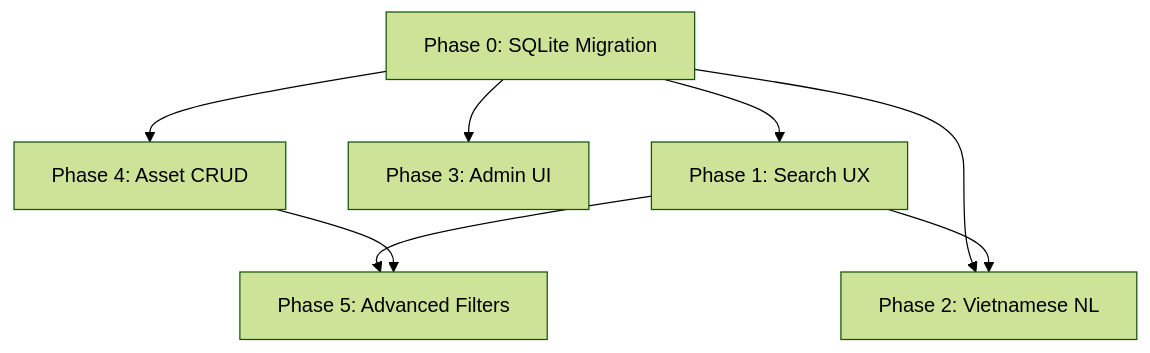
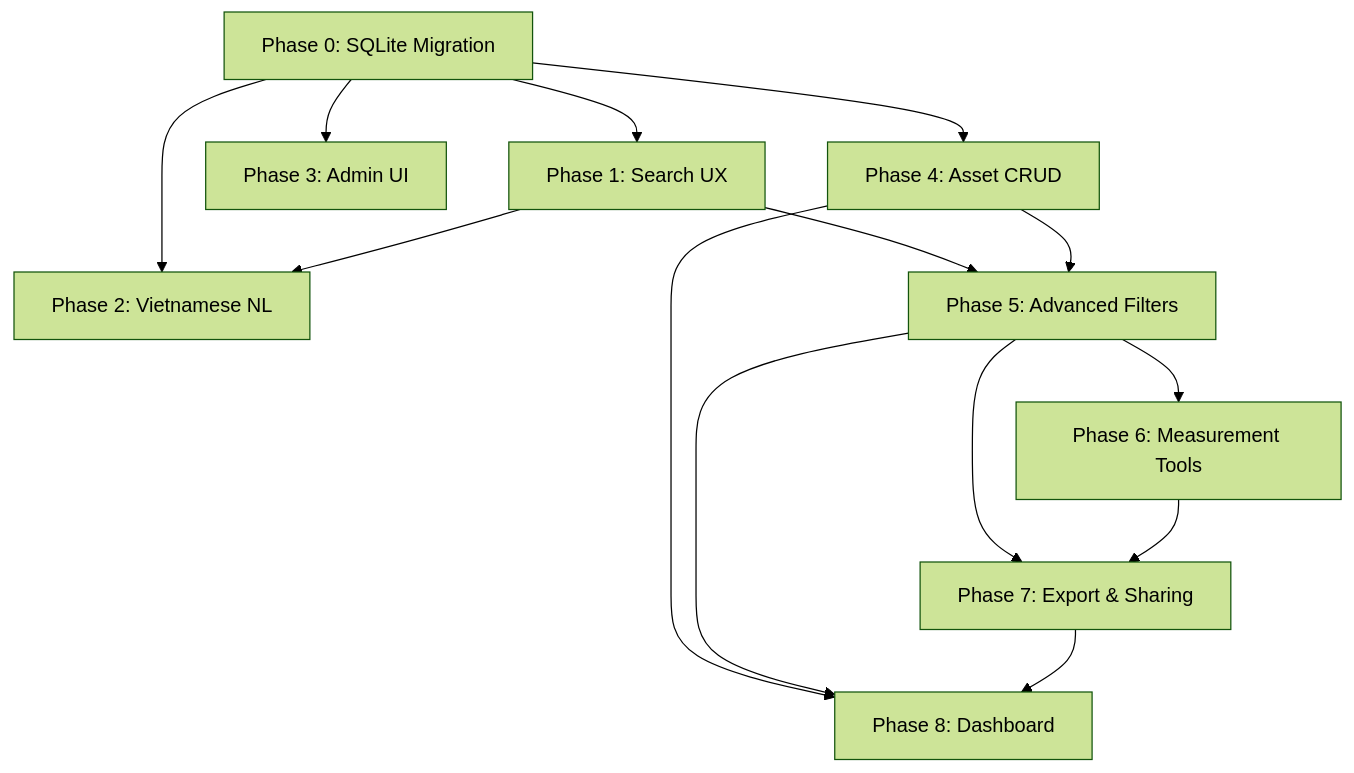
The diagram in docs/plan.md (chibaongunguoi/geoAI_web), drawn with Mermaid (forest theme) before and after one commit. The commit also changed other lines of this file and 15 other files, not shown here.

````diff
--- a/docs/plan.md
+++ b/docs/plan.md
@@ -582,10 +642,16 @@
 ```mermaid
 graph TD
     P0["Phase 0: SQLite Migration"] --> P1["Phase 1: Search UX"]
     P0 --> P2["Phase 2: Vietnamese NL"]
     P0 --> P3["Phase 3: Admin UI"]
     P0 --> P4["Phase 4: Asset CRUD"]
     P1 --> P5["Phase 5: Advanced Filters"]
     P1 --> P2
     P4 --> P5
+    P5 --> P6["Phase 6: Measurement Tools"]
+    P5 --> P7["Phase 7: Export & Sharing"]
+    P6 --> P7
+    P4 --> P8["Phase 8: Dashboard"]
+    P5 --> P8
+    P7 --> P8
 ```
````
